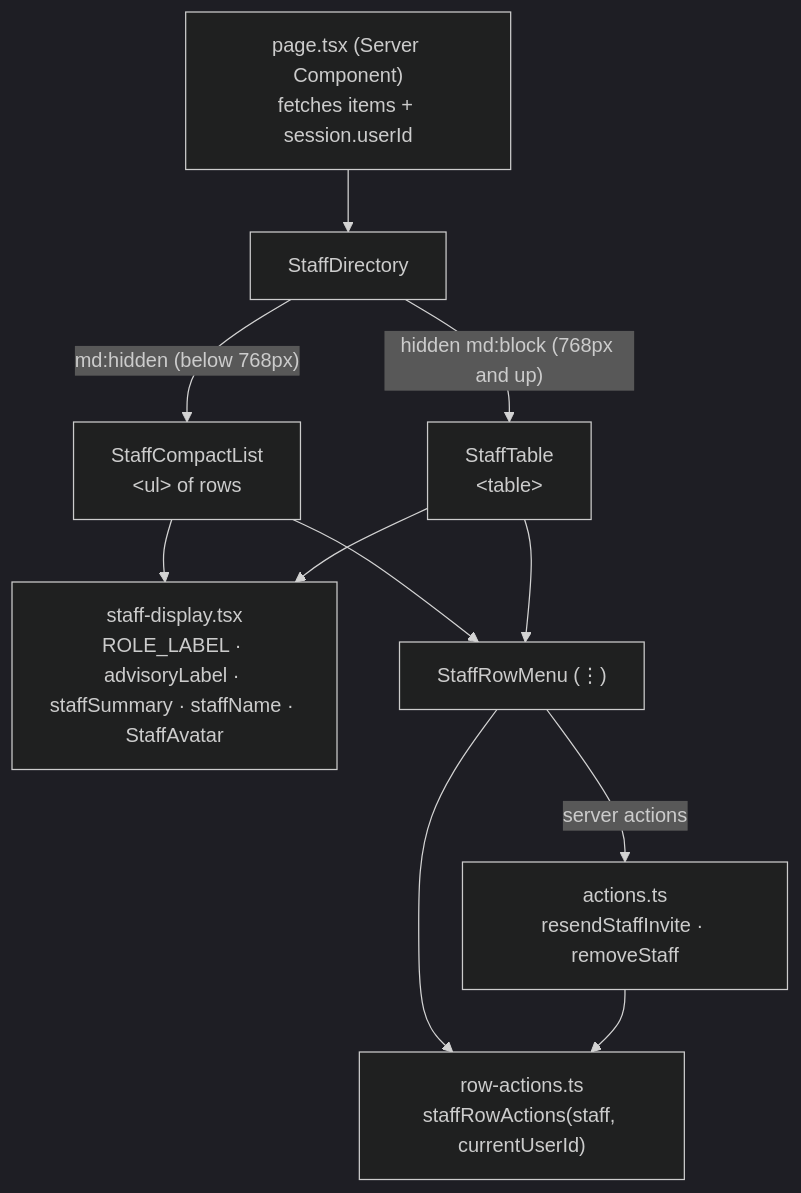
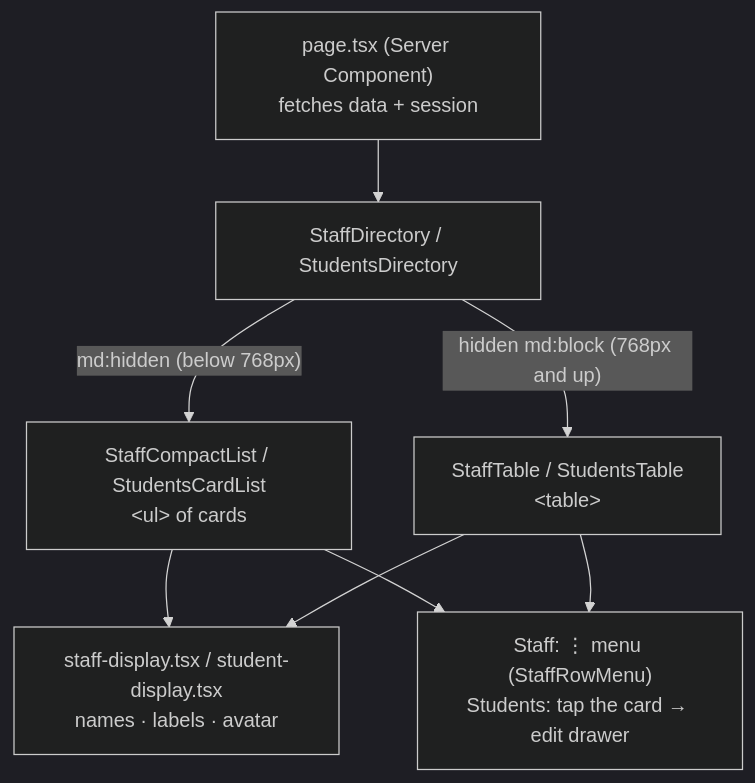
The diagram in docs/RESPONSIVE-LISTS.md (psmacabulos/talaan), drawn with Mermaid (dark theme) before and after one commit. The commit also changed other lines of this file and 20 other files, not shown here.

Commit message:
feat(students): show students as cards on small screens

````diff
--- a/docs/RESPONSIVE-LISTS.md
+++ b/docs/RESPONSIVE-LISTS.md
@@ -14,13 +14,10 @@
 ```mermaid
 flowchart TB
-    Page["page.tsx (Server Component)<br/>fetches items + session.userId"] --> Dir["StaffDirectory"]
-    Dir -->|"md:hidden (below 768px)"| List["StaffCompactList<br/>&lt;ul&gt; of rows"]
-    Dir -->|"hidden md:block (768px and up)"| Table["StaffTable<br/>&lt;table&gt;"]
-    List --> Shared["staff-display.tsx<br/>ROLE_LABEL · advisoryLabel · staffSummary · staffName · StaffAvatar"]
+    Page["page.tsx (Server Component)<br/>fetches data + session"] --> Dir["StaffDirectory / StudentsDirectory"]
+    Dir -->|"md:hidden (below 768px)"| List["StaffCompactList / StudentsCardList<br/>&lt;ul&gt; of cards"]
+    Dir -->|"hidden md:block (768px and up)"| Table["StaffTable / StudentsTable<br/>&lt;table&gt;"]
+    List --> Shared["staff-display.tsx / student-display.tsx<br/>names · labels · avatar"]
     Table --> Shared
-    List --> Menu["StaffRowMenu (⋮)"]
-    Table --> Menu
-    Menu --> Rule["row-actions.ts<br/>staffRowActions(staff, currentUserId)"]
-    Menu -->|"server actions"| Actions["actions.ts<br/>resendStaffInvite · removeStaff"]
-    Actions --> Rule
+    List --> Open["Staff: ⋮ menu (StaffRowMenu)<br/>Students: tap the card → edit drawer"]
+    Table --> Open
 ```
````
